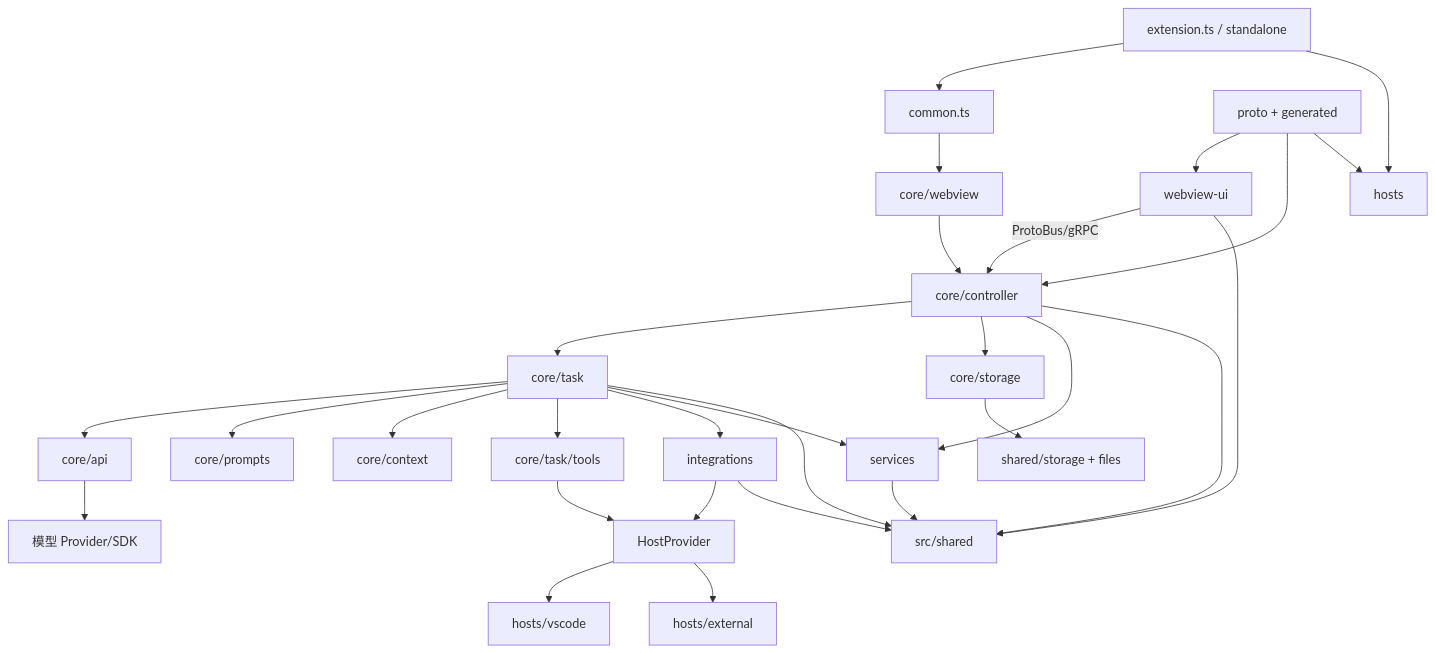
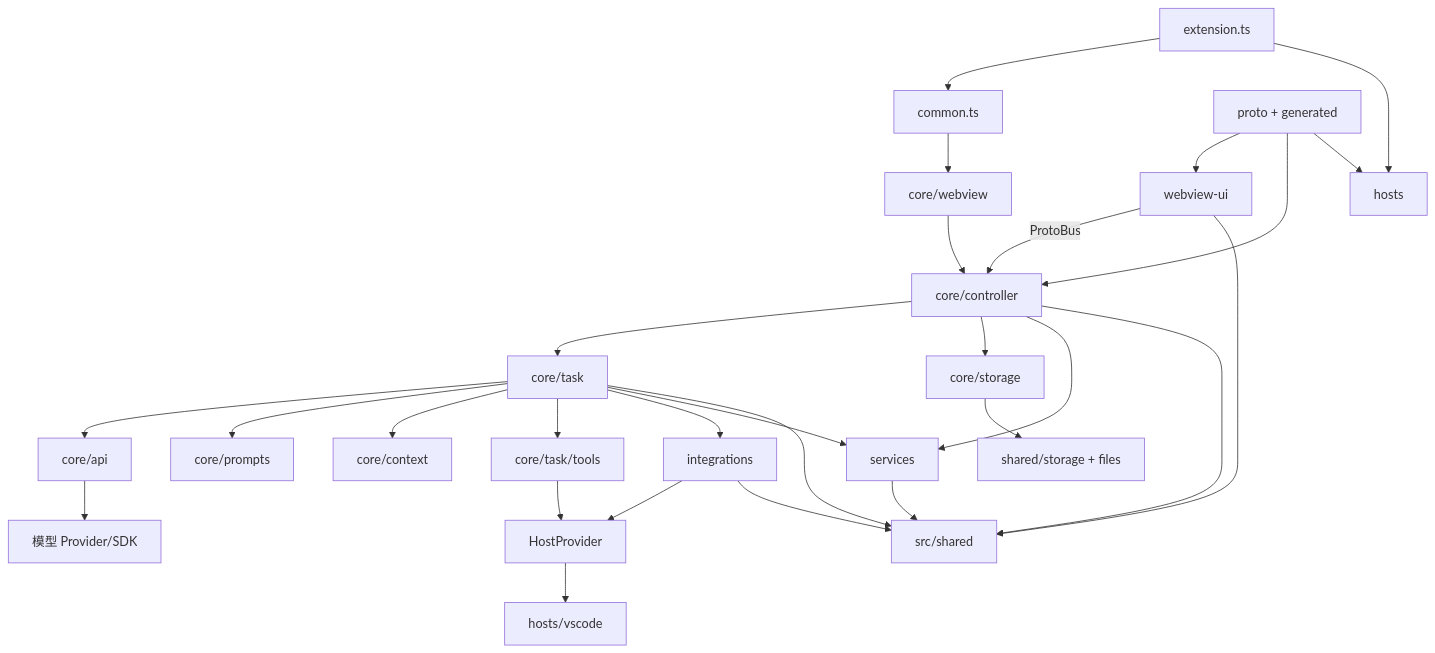
The first of 2 diagrams in apps/vscode/教程/4-模块关系.md (doublespring168/cline), drawn with Mermaid before and after one commit. The commit also changed other lines of this file and 186 other files, not shown here.

````diff
--- a/apps/vscode/教程/4-模块关系.md
+++ b/apps/vscode/教程/4-模块关系.md
@@ -8,36 +8,35 @@
 ```mermaid
 flowchart TB
-    EXT[extension.ts / standalone] --> COMMON[common.ts]
+    EXT[extension.ts] --> COMMON[common.ts]
     EXT --> HOSTS[hosts]
     COMMON --> WEBP[core/webview]
     WEBP --> CTRL[core/controller]
 
-    UI[webview-ui] -->|ProtoBus/gRPC| CTRL
+    UI[webview-ui] -->|ProtoBus| CTRL
     CTRL --> TASK[core/task]
     CTRL --> STATE[core/storage]
     CTRL --> SERVICES[services]
 
     TASK --> API[core/api]
     TASK --> PROMPT[core/prompts]
     TASK --> CONTEXT[core/context]
     TASK --> TOOLS[core/task/tools]
     TASK --> INTEGRATIONS[integrations]
     TASK --> SERVICES
 
     API --> PROVIDERS[模型 Provider/SDK]
     TOOLS --> HOSTPORT[HostProvider]
     INTEGRATIONS --> HOSTPORT
     HOSTPORT --> VSCODE[hosts/vscode]
-    HOSTPORT --> EXTERNAL[hosts/external]
 
     UI --> SHARED[src/shared]
     CTRL --> SHARED
     TASK --> SHARED
     SERVICES --> SHARED
     INTEGRATIONS --> SHARED
 
     PROTO[proto + generated] --> UI
     PROTO --> CTRL
     PROTO --> HOSTS
     STATE --> STORAGE[shared/storage + files]
 ```
````
